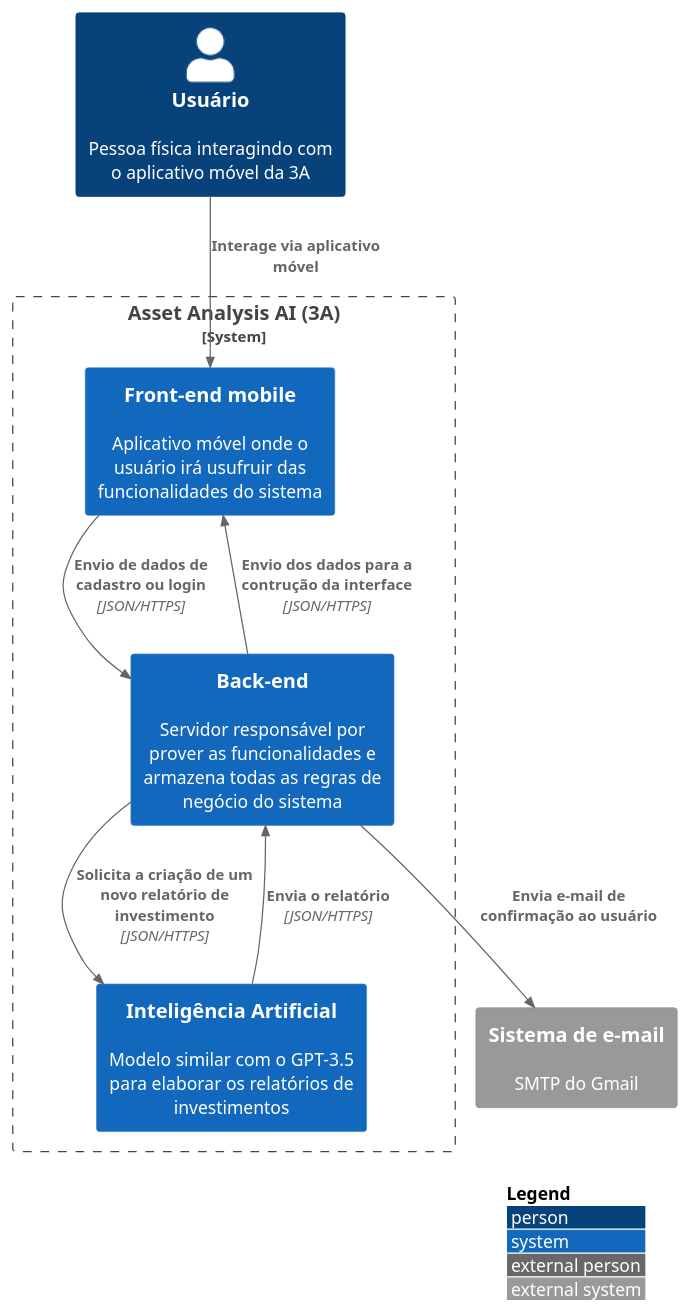
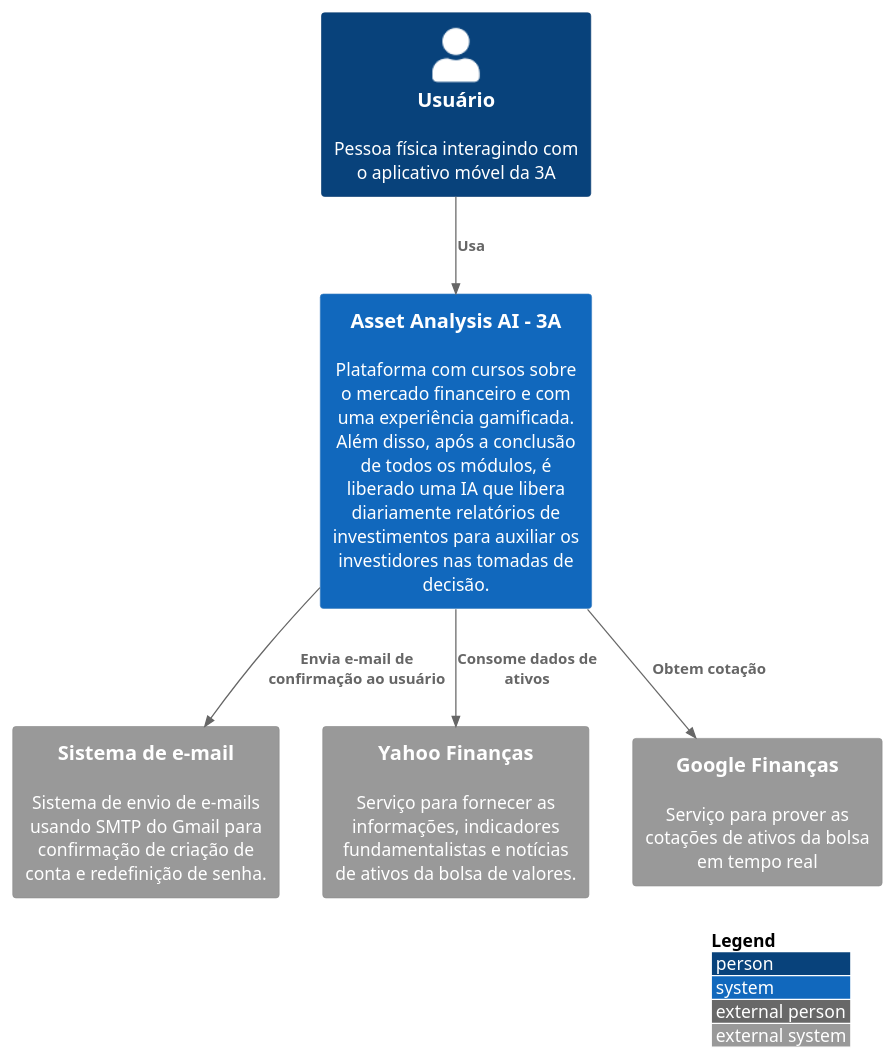
Before and after one commit to Open-3A/3A-c4-model: the diagram in src/C1 Context/context.puml, drawn with PlantUML. The commit also changed 2 other files, not shown here.

```diff
--- a/src/C1 Context/context.puml
+++ b/src/C1 Context/context.puml
@@ -1,26 +1,19 @@
 @startuml
 !include https://raw.githubusercontent.com/adrianvlupu/C4-PlantUML/latest/C4_Context.puml
 
 LAYOUT_WITH_LEGEND()
 
 Person(user, "Usuário", "Pessoa física interagindo com o aplicativo móvel da 3A")
 
-System_Boundary(3a, "Asset Analysis AI (3A)"){
-  System(mobile, "Front-end mobile", "Aplicativo móvel onde o usuário irá usufruir das funcionalidades do sistema")
-  System(backend, "Back-end", "Servidor responsável por prover as funcionalidades e armazena todas as regras de negócio do sistema")
-  System(ai, "Inteligência Artificial", "Modelo similar com o GPT-3.5 para elaborar os relatórios de investimentos")
-}
+System(3a, "Asset Analysis AI - 3A",  "Plataforma com cursos sobre o mercado financeiro e com uma experiência gamificada. Além disso, após a conclusão de todos os módulos, é liberado uma IA que libera diariamente relatórios de investimentos para auxiliar os investidores nas tomadas de decisão.")
 
-System_Ext(mail, "Sistema de e-mail", "SMTP do Gmail")
+System_Ext(mail, "Sistema de e-mail", "Sistema de envio de e-mails usando SMTP do Gmail para confirmação de criação de conta e redefinição de senha.")
+System_Ext(yahoo_finance, "Yahoo Finanças", "Serviço para fornecer as informações, indicadores fundamentalistas e notícias de ativos da bolsa de valores.")
+System_Ext(google_finance, "Google Finanças", "Serviço para prover as cotações de ativos da bolsa em tempo real")
 
-Rel(user, mobile, "Interage via aplicativo móvel")
-
-Rel(mobile, backend, "Envio de dados de cadastro ou login", "JSON/HTTPS")
-Rel(backend, mobile, "Envio dos dados para a contrução da interface", "JSON/HTTPS")
-
-Rel(backend, mail, "Envia e-mail de confirmação ao usuário")
-
-Rel(backend, ai, "Solicita a criação de um novo relatório de investimento", "JSON/HTTPS")
-Rel(ai, backend, "Envia o relatório", "JSON/HTTPS")
+Rel(user, 3a, "Usa")
+Rel(3a, mail, "Envia e-mail de confirmação ao usuário")
+Rel(3a, yahoo_finance, "Consome dados de ativos")
+Rel(3a, google_finance, "Obtem cotação")
 
 @enduml
```
